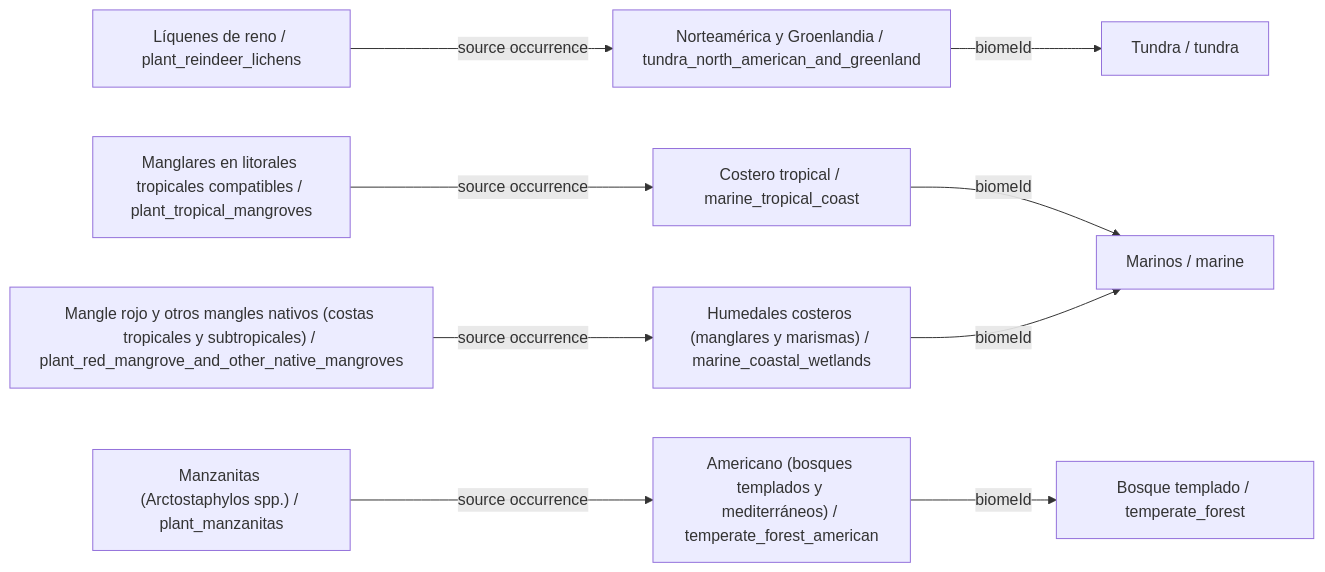
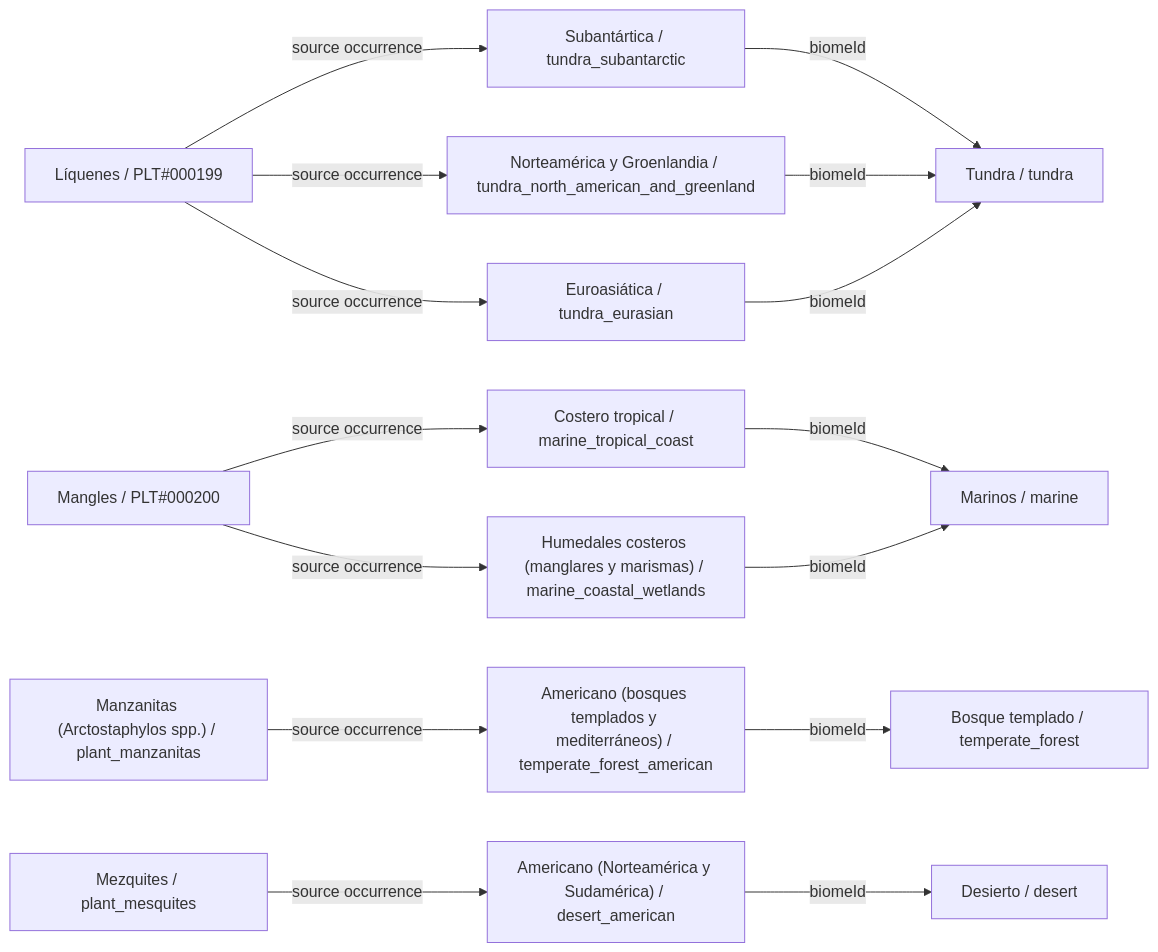
Before and after one commit to fgabo404/EvolveDoc: diagram 14 of 34 in data/plants/DIAGRAMS.es.md, drawn with Mermaid. The commit also changed other lines of this file and 59 other files, not shown here.

````diff
--- a/data/plants/DIAGRAMS.es.md
+++ b/data/plants/DIAGRAMS.es.md
@@ -573,22 +509,32 @@
 ```mermaid
 flowchart LR
-    c0["Líquenes de reno / plant_reindeer_lichens"]
+    c0["Líquenes / PLT#000199"]
     v8["Norteamérica y Groenlandia / tundra_north_american_and_greenland"]
     b2["Tundra / tundra"]
-    c1["Manglares en litorales tropicales compatibles / plant_tropical_mangroves"]
+    v9["Euroasiática / tundra_eurasian"]
+    v10["Subantártica / tundra_subantarctic"]
+    c1["Mangles / PLT#000200"]
     v19["Costero tropical / marine_tropical_coast"]
     b5["Marinos / marine"]
-    c2["Mangle rojo y otros mangles nativos (costas tropicales y subtropicales) / plant_red_mangrove_and_other_native_mangroves"]
     v22["Humedales costeros (manglares y marismas) / marine_coastal_wetlands"]
-    c3["Manzanitas (Arctostaphylos spp.) / plant_manzanitas"]
+    c2["Manzanitas (Arctostaphylos spp.) / plant_manzanitas"]
     v5["Americano (bosques templados y mediterráneos) / temperate_forest_american"]
     b1["Bosque templado / temperate_forest"]
+    c3["Mezquites / plant_mesquites"]
+    v15["Americano (Norteamérica y Sudamérica) / desert_american"]
+    b4["Desierto / desert"]
+    c0 -->|source occurrence| v10
     c0 -->|source occurrence| v8
+    c0 -->|source occurrence| v9
     c1 -->|source occurrence| v19
-    c2 -->|source occurrence| v22
-    c3 -->|source occurrence| v5
+    c1 -->|source occurrence| v22
+    c2 -->|source occurrence| v5
+    c3 -->|source occurrence| v15
+    v10 -->|biomeId| b2
+    v15 -->|biomeId| b4
     v19 -->|biomeId| b5
     v22 -->|biomeId| b5
     v5 -->|biomeId| b1
     v8 -->|biomeId| b2
+    v9 -->|biomeId| b2
 ```
````
